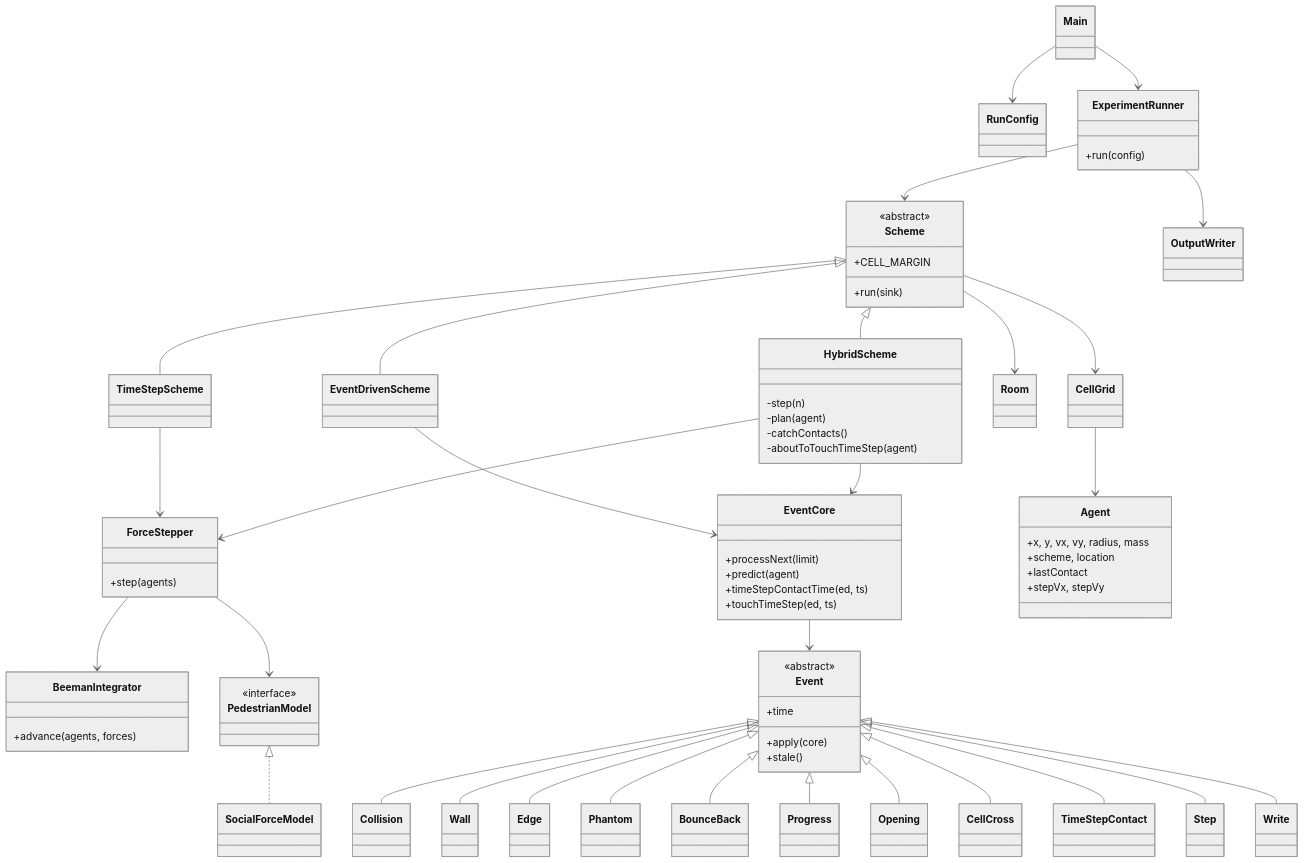
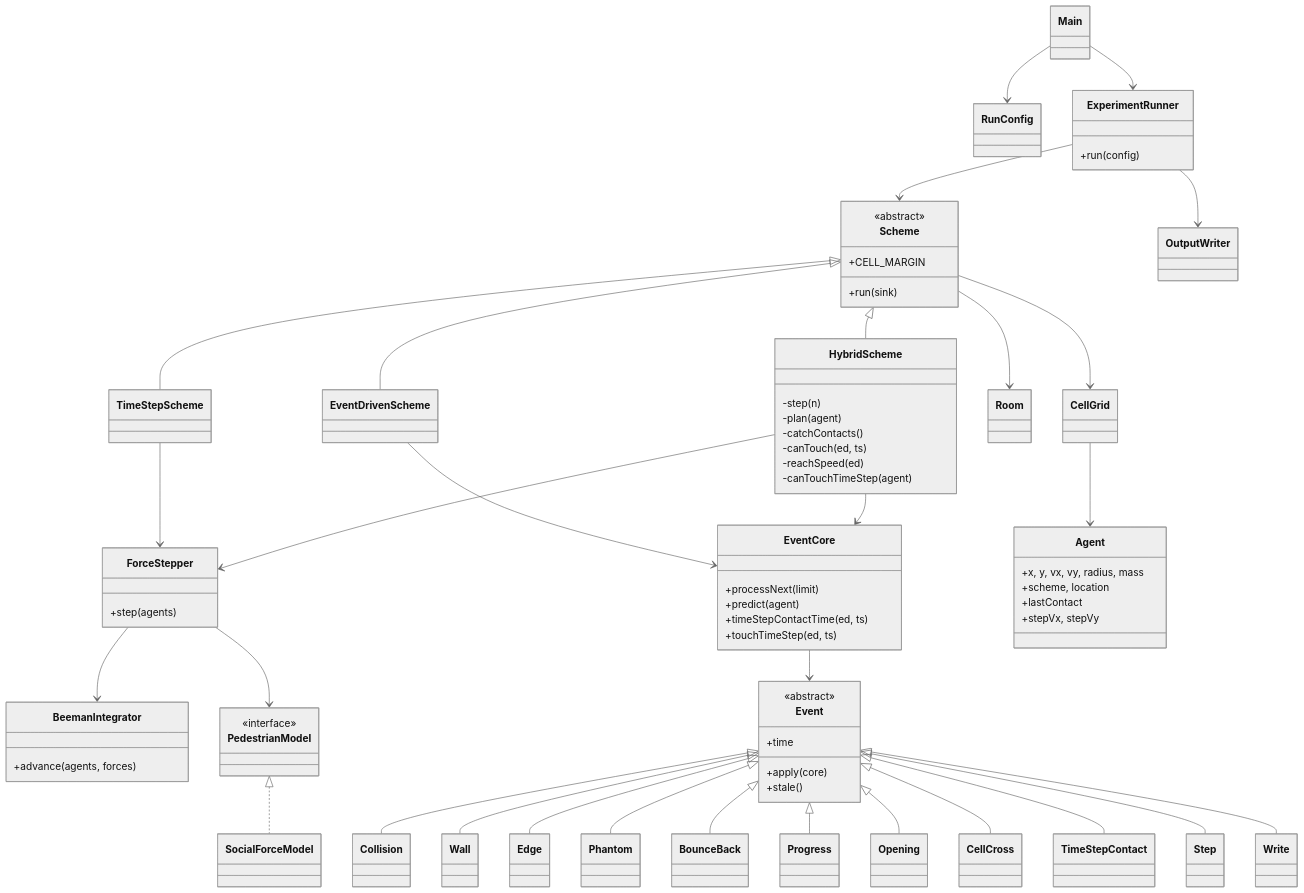
The diagram in DESIGN.md (VieraFederico/SdS_TP5), drawn with Mermaid (neutral theme) before and after one commit. The commit also changed other lines of this file and 67 other files, not shown here.

```diff
--- a/DESIGN.md
+++ b/DESIGN.md
@@ -257,7 +263,9 @@
         -step(n)
         -plan(agent)
         -catchContacts()
-        -aboutToTouchTimeStep(agent)
+        -canTouch(ed, ts)
+        -reachSpeed(ed)
+        -canTouchTimeStep(agent)
     }
     class EventCore {
         +processNext(limit)
```
